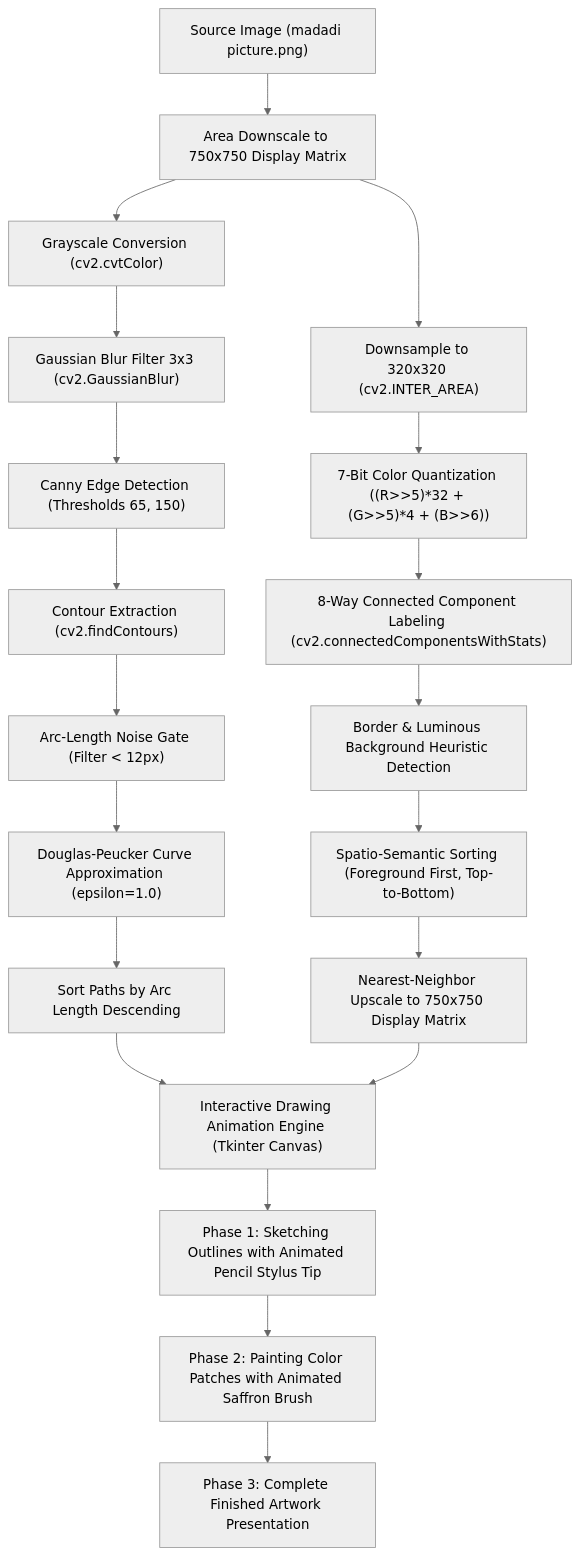
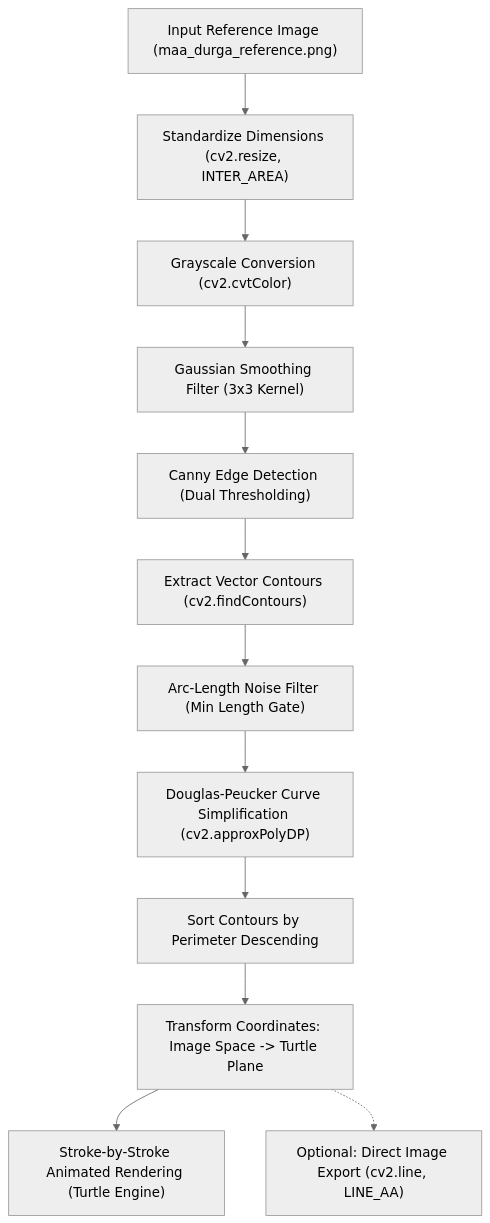
One commit to saikatbarman07/Mata-python-sketch changed the diagram in README.md. Above: the diagram before and after it, drawn with Mermaid (neutral theme). The commit also changed other lines of this file and 3 other files, not shown here.

````diff
--- a/README.md
+++ b/README.md
@@ -44,28 +38,14 @@
 ```mermaid
 graph TD
-    A["Source Image (madadi picture.png)"] --> B["Area Downscale to 750x750 Display Matrix"]
-    
-    %% Outline Branch
+    A["Input Reference Image (maa_durga_reference.png)"] --> B["Standardize Dimensions (cv2.resize, INTER_AREA)"]
     B --> C["Grayscale Conversion (cv2.cvtColor)"]
-    C --> D["Gaussian Blur Filter 3x3 (cv2.GaussianBlur)"]
-    D --> E["Canny Edge Detection (Thresholds 65, 150)"]
-    E --> F["Contour Extraction (cv2.findContours)"]
-    F --> G["Arc-Length Noise Gate (Filter < 12px)"]
-    G --> H["Douglas-Peucker Curve Approximation (epsilon=1.0)"]
-    H --> I["Sort Paths by Arc Length Descending"]
-    
-    %% Color Branch
-    B --> J["Downsample to 320x320 (cv2.INTER_AREA)"]
-    J --> K["7-Bit Color Quantization ((R>>5)*32 + (G>>5)*4 + (B>>6))"]
-    K --> L["8-Way Connected Component Labeling (cv2.connectedComponentsWithStats)"]
-    L --> M["Border & Luminous Background Heuristic Detection"]
-    M --> N["Spatio-Semantic Sorting (Foreground First, Top-to-Bottom)"]
-    N --> O["Nearest-Neighbor Upscale to 750x750 Display Matrix"]
-    
-    %% Rendering Engine
-    I --> P["Interactive Drawing Animation Engine (Tkinter Canvas)"]
-    O --> P
-    P --> Q["Phase 1: Sketching Outlines with Animated Pencil Stylus Tip"]
-    Q --> R["Phase 2: Painting Color Patches with Animated Saffron Brush"]
-    R --> S["Phase 3: Complete Finished Artwork Presentation"]
+    C --> D["Gaussian Smoothing Filter (3x3 Kernel)"]
+    D --> E["Canny Edge Detection (Dual Thresholding)"]
+    E --> F["Extract Vector Contours (cv2.findContours)"]
+    F --> G["Arc-Length Noise Filter (Min Length Gate)"]
+    G --> H["Douglas-Peucker Curve Simplification (cv2.approxPolyDP)"]
+    H --> I["Sort Contours by Perimeter Descending"]
+    I --> J["Transform Coordinates: Image Space -> Turtle Plane"]
+    J --> K["Stroke-by-Stroke Animated Rendering (Turtle Engine)"]
+    J -.-> L["Optional: Direct Image Export (cv2.line, LINE_AA)"]
 ```
````
